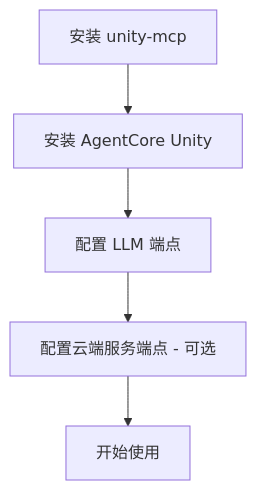
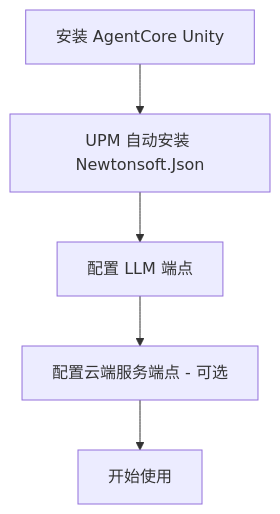
The seventh of 8 diagrams in plans/ARCHITECTURE.md (BakaAkari/AgentCore-Unity), drawn with Mermaid before and after one commit. The commit also changed other lines of this file and 4 other files, not shown here.

````diff
--- a/plans/ARCHITECTURE.md
+++ b/plans/ARCHITECTURE.md
@@ -1626,7 +936,7 @@
 ```mermaid
 graph TD
-    A[安装 unity-mcp] --> B[安装 AgentCore Unity]
+    A[安装 AgentCore Unity] --> B[UPM 自动安装 Newtonsoft.Json]
     B --> C[配置 LLM 端点]
     C --> D[配置云端服务端点 - 可选]
     D --> E[开始使用]
 ```
````
